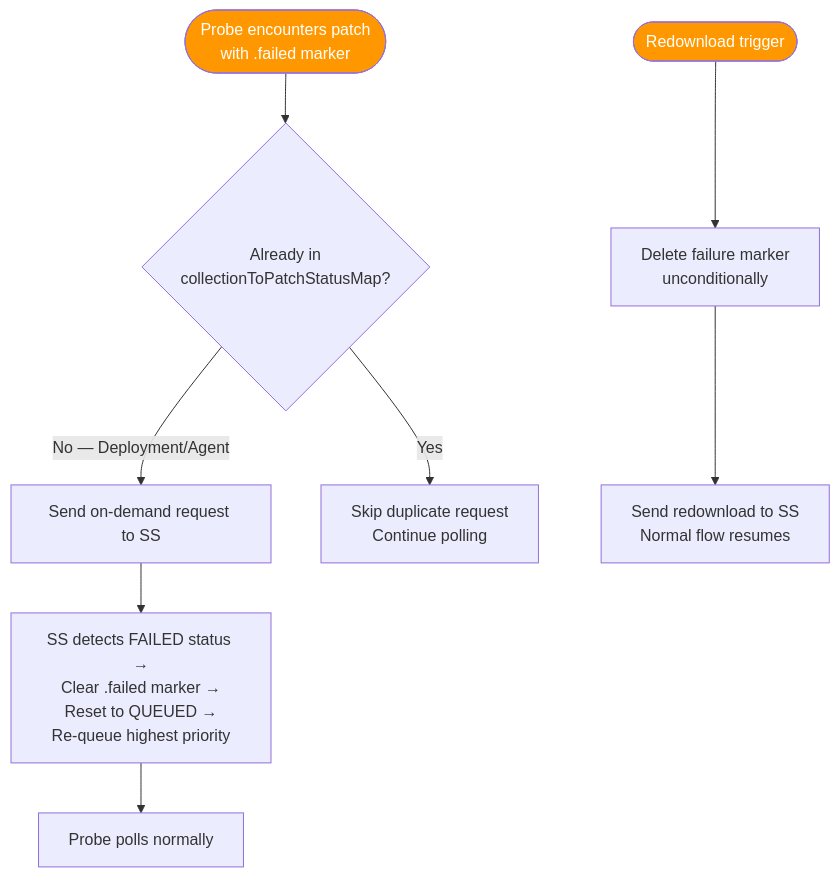
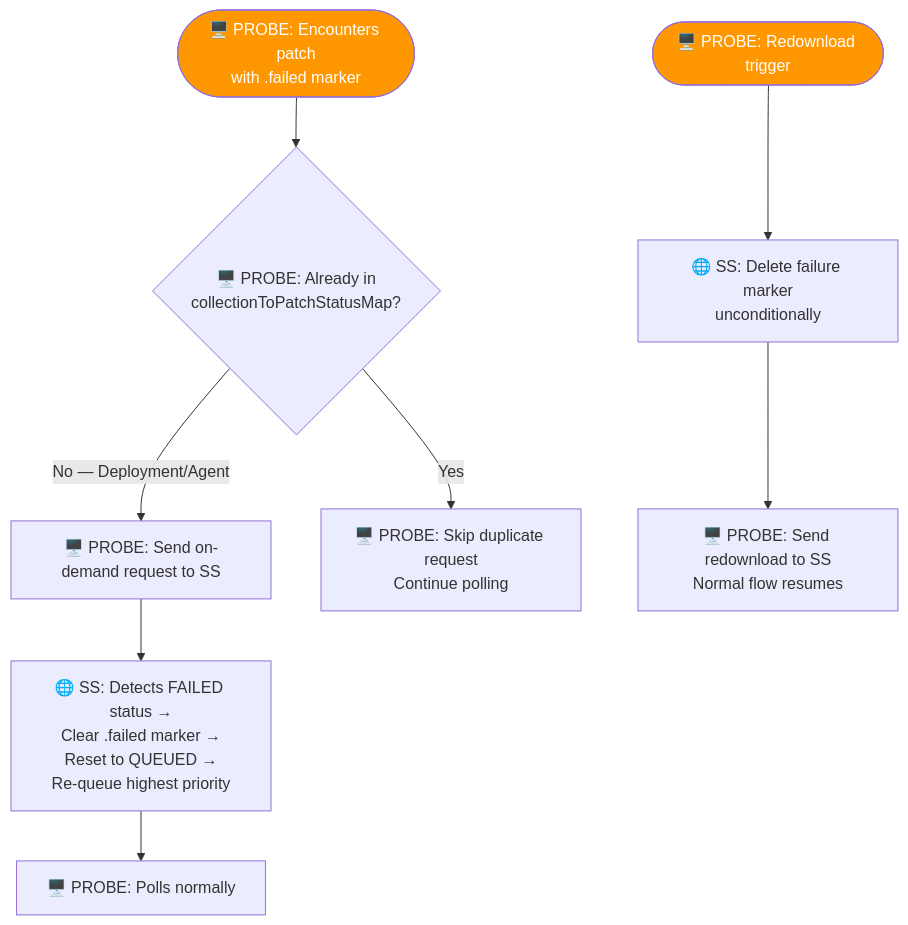
The sixth of 29 diagrams in use-case-diagrams.md (ranjithkumar-a-23525/RebaseEx), drawn with Mermaid before and after one commit. The commit also changed other lines of this file, not shown here.

````diff
--- a/use-case-diagrams.md
+++ b/use-case-diagrams.md
@@ -125,14 +125,14 @@
 ```mermaid
 flowchart TD
-    A([Probe encounters patch<br/>with .failed marker]) --> B{Already in<br/>collectionToPatchStatusMap?}
-    B -->|No — Deployment/Agent| C[Send on-demand request to SS]
-    C --> D["SS detects FAILED status →<br/>Clear .failed marker →<br/>Reset to QUEUED →<br/>Re-queue highest priority"]
-    D --> E[Probe polls normally]
-    B -->|Yes| F[Skip duplicate request<br/>Continue polling]
+    A(["🖥️ PROBE: Encounters patch<br/>with .failed marker"]) --> B{"🖥️ PROBE: Already in<br/>collectionToPatchStatusMap?"}
+    B -->|"No — Deployment/Agent"| C["🖥️ PROBE: Send on-demand request to SS"]
+    C --> D["🌐 SS: Detects FAILED status →<br/>Clear .failed marker →<br/>Reset to QUEUED →<br/>Re-queue highest priority"]
+    D --> E["🖥️ PROBE: Polls normally"]
+    B -->|Yes| F["🖥️ PROBE: Skip duplicate request<br/>Continue polling"]
     
-    G([Redownload trigger]) --> H[Delete failure marker<br/>unconditionally]
-    H --> I[Send redownload to SS<br/>Normal flow resumes]
+    G(["🖥️ PROBE: Redownload trigger"]) --> H["🌐 SS: Delete failure marker<br/>unconditionally"]
+    H --> I["🖥️ PROBE: Send redownload to SS<br/>Normal flow resumes"]
 
     style A fill:#FF9800,color:#fff
     style G fill:#FF9800,color:#fff
 ```
````
